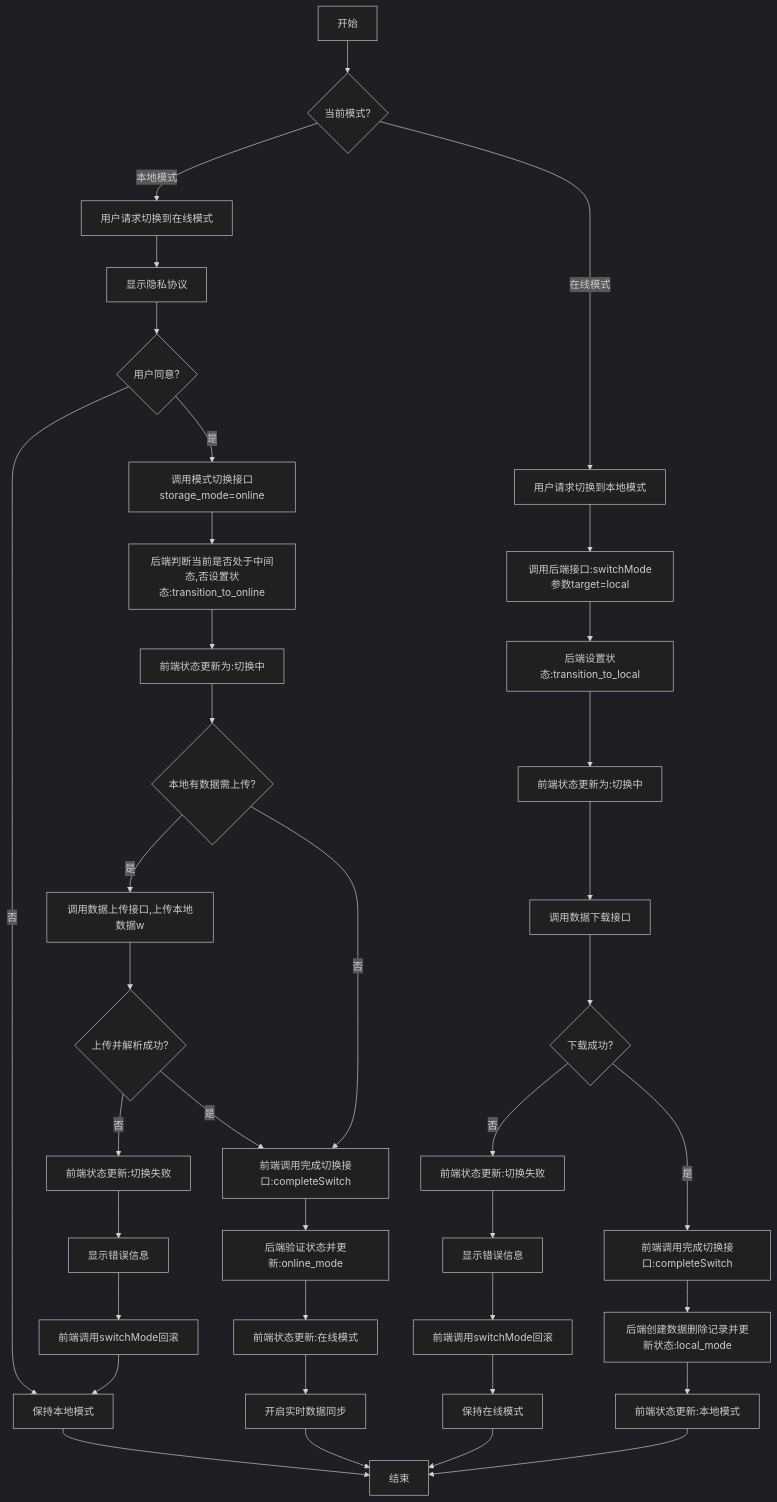
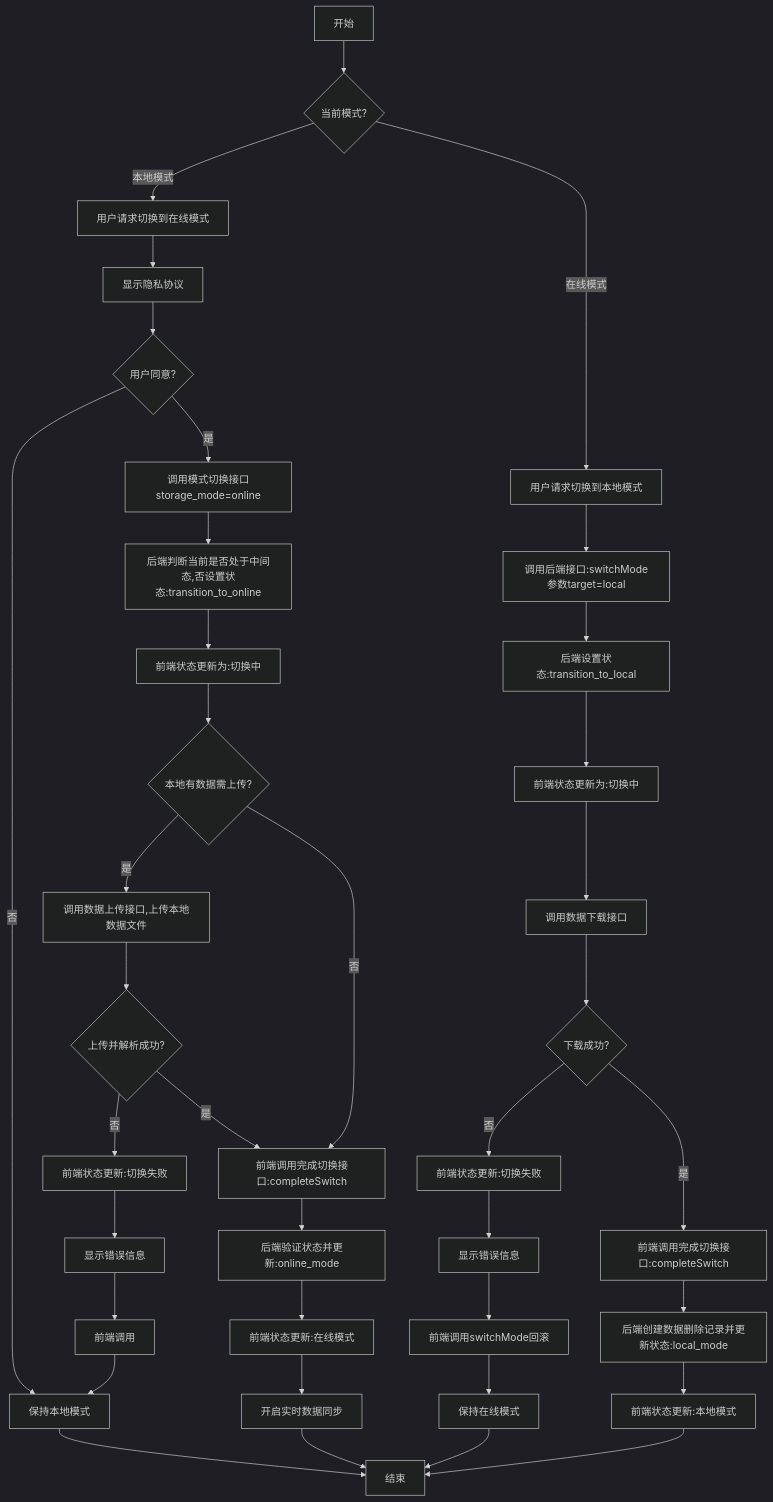
The diagram in all/未命名-58.md (yingjianzh/iodraw-files), drawn with Mermaid (dark theme) before and after one commit.

Commit message:
2025-05-14 10:36:03 update

````diff
--- a/all/未命名-58.md
+++ b/all/未命名-58.md
@@ -1,51 +1,51 @@
 ```mermaid
 flowchart TD
     A[开始] --> B{当前模式?}
     
     %% 本地模式转在线模式
     B -->|本地模式| C[用户请求切换到在线模式]
     C --> D[显示隐私协议]
     D --> E{用户同意?}
     E -->|否| F[保持本地模式]
     F --> Z[结束]
     
     E -->|是| G[调用模式切换接口storage_mode=online]
     G --> H[后端判断当前是否处于中间态,否设置状态:transition_to_online]
     H --> I[前端状态更新为:切换中]
     
     I --> J{本地有数据需上传?}
     
-    J -->|是| L[调用数据上传接口,上传本地数据w]
+    J -->|是| L[调用数据上传接口,上传本地数据文件]
     L --> M{上传并解析成功?}
     M -->|否| O[前端状态更新:切换失败]
     O --> P[显示错误信息]
-    P --> Q[前端调用switchMode回滚]
+    P --> Q[前端调用]
     Q --> F
     
     J -->|否| R[前端调用完成切换接口:completeSwitch]
     M -->|是| R
     
     R --> S[后端验证状态并更新:online_mode]
     S --> T[前端状态更新:在线模式]
     T --> U[开启实时数据同步]
     U --> Z
     
     %% 在线模式转本地模式
     B -->|在线模式| V[用户请求切换到本地模式]
     V --> W[调用后端接口:switchMode参数target=local]
     W --> X[后端设置状态:transition_to_local]
     X --> Y[前端状态更新为:切换中]
     
     Y --> Z1[调用数据下载接口]
     Z1 --> AA{下载成功?}
     AA -->|否| AB[前端状态更新:切换失败]
     AB --> AC[显示错误信息]
     AC --> AD[前端调用switchMode回滚]
     AD --> AE[保持在线模式]
     AE --> Z
     
     AA -->|是| AF[前端调用完成切换接口:completeSwitch]
     AF --> AG[后端创建数据删除记录并更新状态:local_mode]
     AG --> AH[前端状态更新:本地模式]
     AH --> Z
 ```
````
